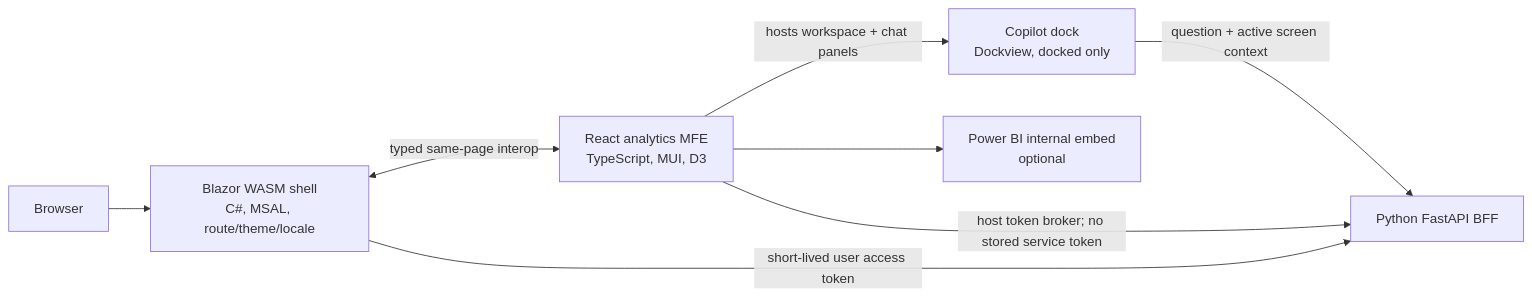
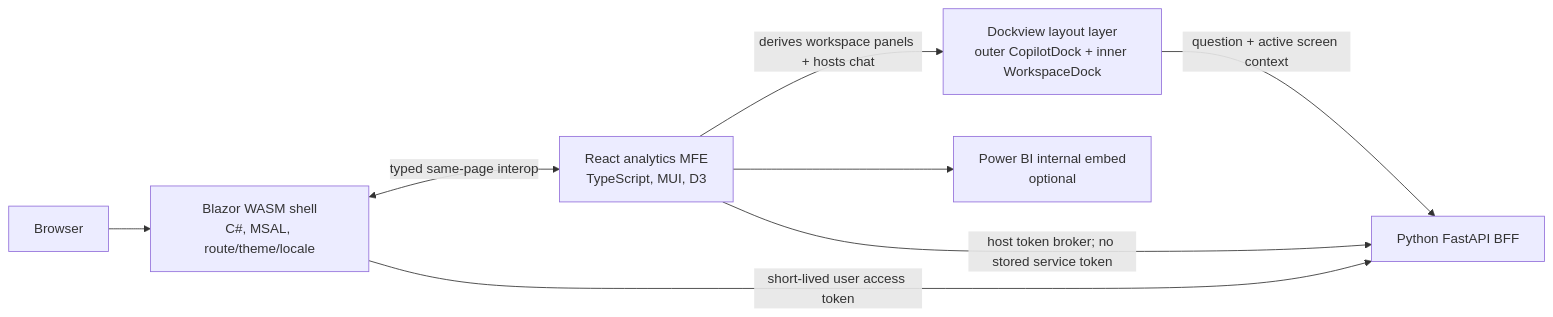
Before and after one commit to frkim/NovaSteel3: the sixth of 6 diagrams in docs/architecture/solution-architecture.md, drawn with Mermaid. The commit also changed other lines of this file and 12 other files, not shown here.

First line of the commit message:
docs: document the Dockview workspace and the NovaSteel/AxelorMetal split

````diff
--- a/docs/architecture/solution-architecture.md
+++ b/docs/architecture/solution-architecture.md
@@ -291,16 +291,16 @@
 ```mermaid
 flowchart LR
   B["Browser"]
   S["Blazor WASM shell\nC#, MSAL, route/theme/locale"]
   R["React analytics MFE\nTypeScript, MUI, D3"]
-  D["Copilot dock\nDockview, docked only"]
+  D["Dockview layout layer\nouter CopilotDock + inner WorkspaceDock"]
   P["Power BI internal embed\noptional"]
   A["Python FastAPI BFF"]
   B --> S
   S <-->|typed same-page interop| R
-  R -->|hosts workspace + chat panels| D
+  R -->|derives workspace panels + hosts chat| D
   D -->|question + active screen context| A
   R --> P
   S -->|short-lived user access token| A
   R -->|host token broker; no stored service token| A
 ```
````
